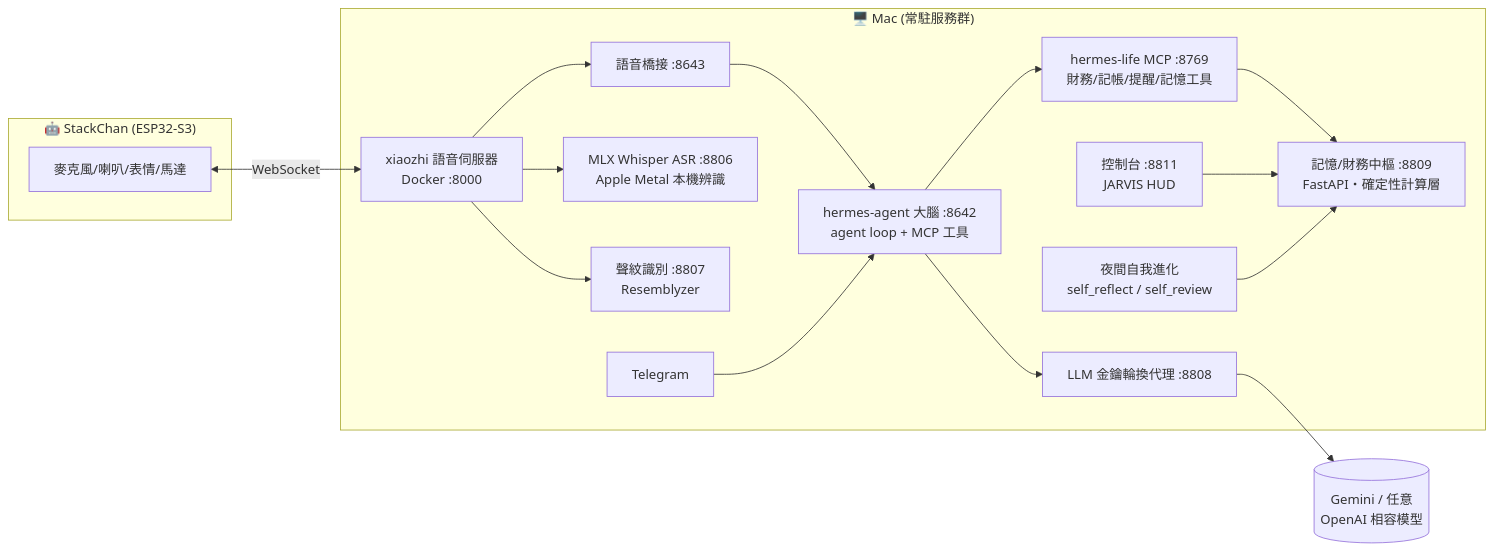
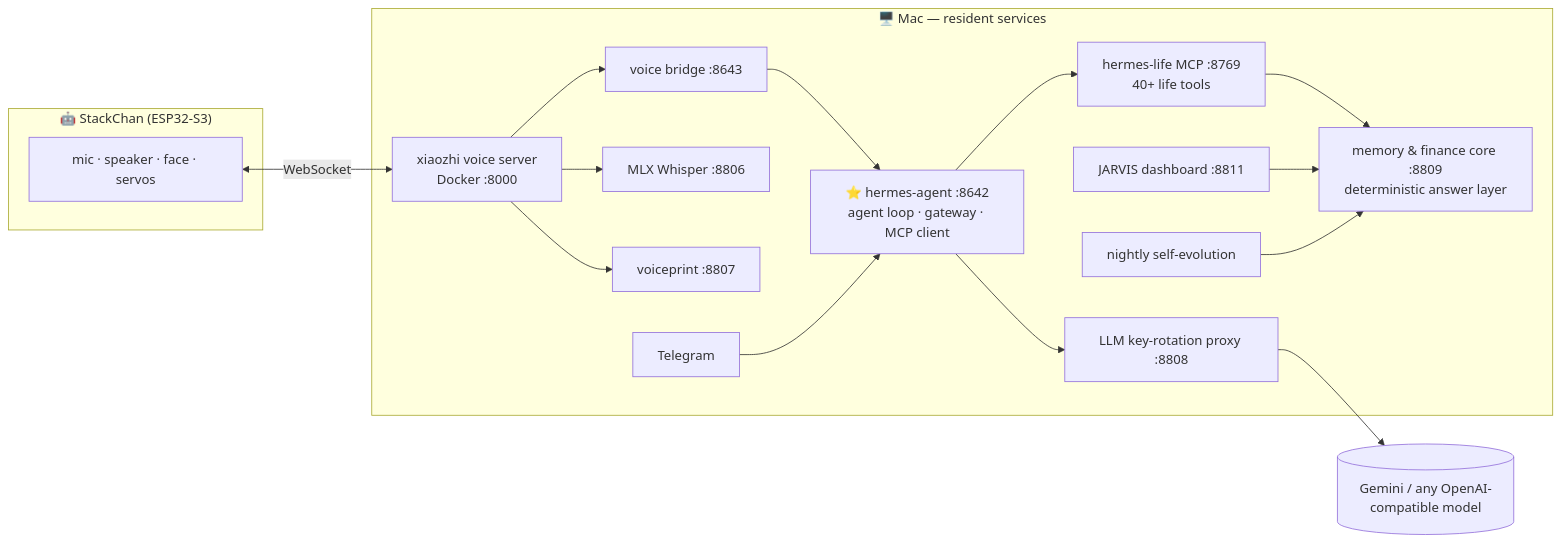
The diagram in README.md (owen4sure/jarvis), drawn with Mermaid before and after one commit. The commit also changed other lines of this file and 8 other files, not shown here.

Commit message:
docs: bilingual README (EN/zh-TW), hermes-agent & StackChan spotlight, invest-page demo GIF, extending guide

````diff
--- a/README.md
+++ b/README.md
@@ -45,22 +52,20 @@
 ```mermaid
 flowchart LR
     subgraph Device["🤖 StackChan (ESP32-S3)"]
-        MIC[麥克風/喇叭/表情/馬達]
+        MIC[mic · speaker · face · servos]
     end
-    subgraph Mac["🖥️ Mac (常駐服務群)"]
-        XZ[xiaozhi 語音伺服器<br/>Docker :8000] --> BR[語音橋接 :8643]
-        BR --> AG[hermes-agent 大腦 :8642<br/>agent loop + MCP 工具]
-        AG --> PX[LLM 金鑰輪換代理 :8808]
-        AG --> LIFE[hermes-life MCP :8769<br/>財務/記帳/提醒/記憶工具]
-        LIFE --> MEM[記憶/財務中樞 :8809<br/>FastAPI・確定性計算層]
-        DASH[控制台 :8811<br/>JARVIS HUD] --> MEM
-        ASR[MLX Whisper ASR :8806<br/>Apple Metal 本機辨識]
-        VP[聲紋識別 :8807<br/>Resemblyzer]
-        XZ --> ASR
-        XZ --> VP
+    subgraph Mac["🖥️ Mac — resident services"]
+        XZ[xiaozhi voice server<br/>Docker :8000] --> BR[voice bridge :8643]
+        BR --> AG["⭐ hermes-agent :8642<br/>agent loop · gateway · MCP client"]
+        AG --> PX[LLM key-rotation proxy :8808]
+        AG --> LIFE[hermes-life MCP :8769<br/>40+ life tools]
+        LIFE --> MEM[memory & finance core :8809<br/>deterministic answer layer]
+        DASH[JARVIS dashboard :8811] --> MEM
+        XZ --> ASR[MLX Whisper :8806]
+        XZ --> VP[voiceprint :8807]
         TG[Telegram] --> AG
-        CRON[夜間自我進化<br/>self_reflect / self_review] --> MEM
+        CRON[nightly self-evolution] --> MEM
     end
     MIC <--WebSocket--> XZ
-    PX --> LLM[(Gemini / 任意<br/>OpenAI 相容模型)]
+    PX --> LLM[(Gemini / any OpenAI-compatible model)]
 ```
````
